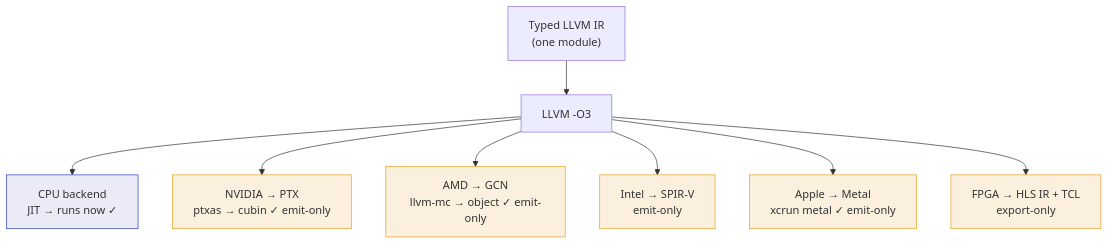
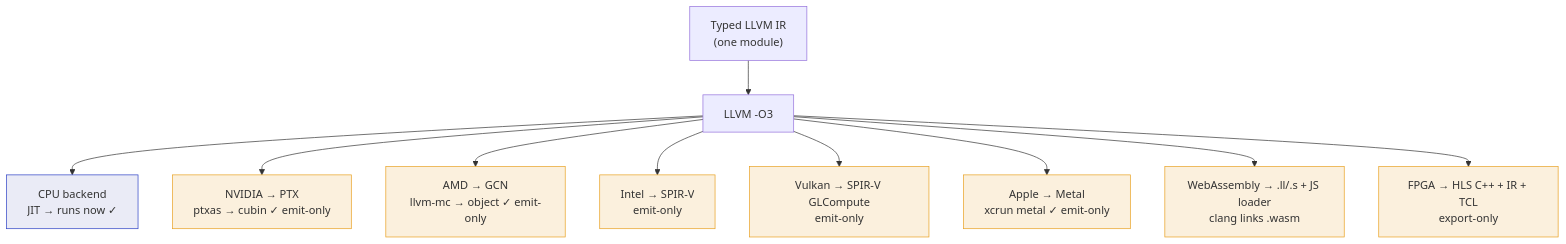
The fourth of 5 diagrams in README.md (ezducate/HanaJit), drawn with Mermaid before and after one commit. The commit also changed other lines of this file and 16 other files, not shown here.

First line of the commit message:
Adding WASM and updating Vulkan updates

````diff
--- a/README.md
+++ b/README.md
@@ -358,16 +362,20 @@
 ```mermaid
 flowchart TD
     IR["Typed LLVM IR<br/>(one module)"] --> OPT["LLVM -O3"]
     OPT --> CPU["CPU backend<br/>JIT → runs now ✓"]
     OPT --> NV["NVIDIA → PTX<br/>ptxas → cubin ✓ emit-only"]
     OPT --> AMD["AMD → GCN<br/>llvm-mc → object ✓ emit-only"]
     OPT --> INT["Intel → SPIR-V<br/>emit-only"]
+    OPT --> VLK["Vulkan → SPIR-V GLCompute<br/>emit-only"]
     OPT --> APL["Apple → Metal<br/>xcrun metal ✓ emit-only"]
-    OPT --> FPGA["FPGA → HLS IR + TCL<br/>export-only"]
+    OPT --> WASM["WebAssembly → .ll/.s + JS loader<br/>clang links .wasm"]
+    OPT --> FPGA["FPGA → HLS C++ + IR + TCL<br/>export-only"]
     style CPU fill:#EAEBF6,stroke:#2B3FC4
     style NV fill:#FBF0DD,stroke:#E8A020
     style AMD fill:#FBF0DD,stroke:#E8A020
     style INT fill:#FBF0DD,stroke:#E8A020
+    style VLK fill:#FBF0DD,stroke:#E8A020
     style APL fill:#FBF0DD,stroke:#E8A020
+    style WASM fill:#FBF0DD,stroke:#E8A020
     style FPGA fill:#FBF0DD,stroke:#E8A020
 ```
````
